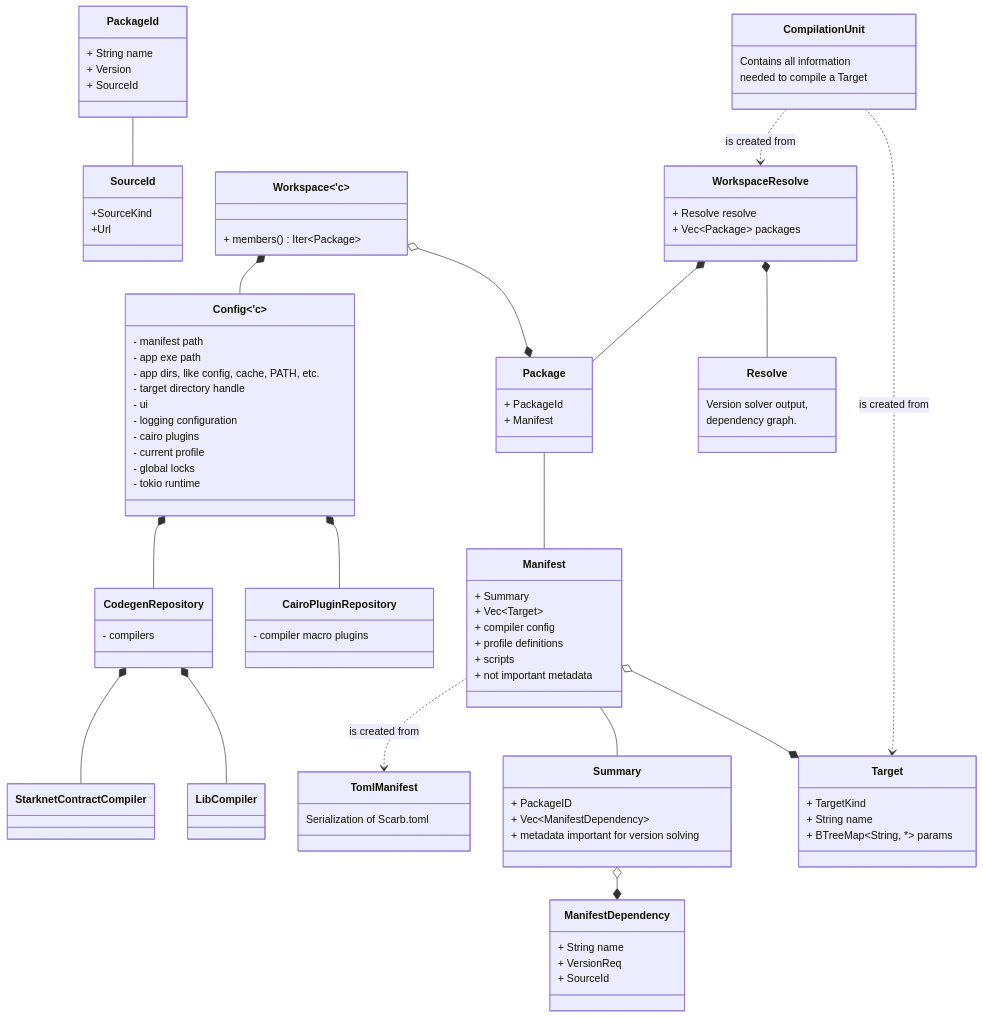
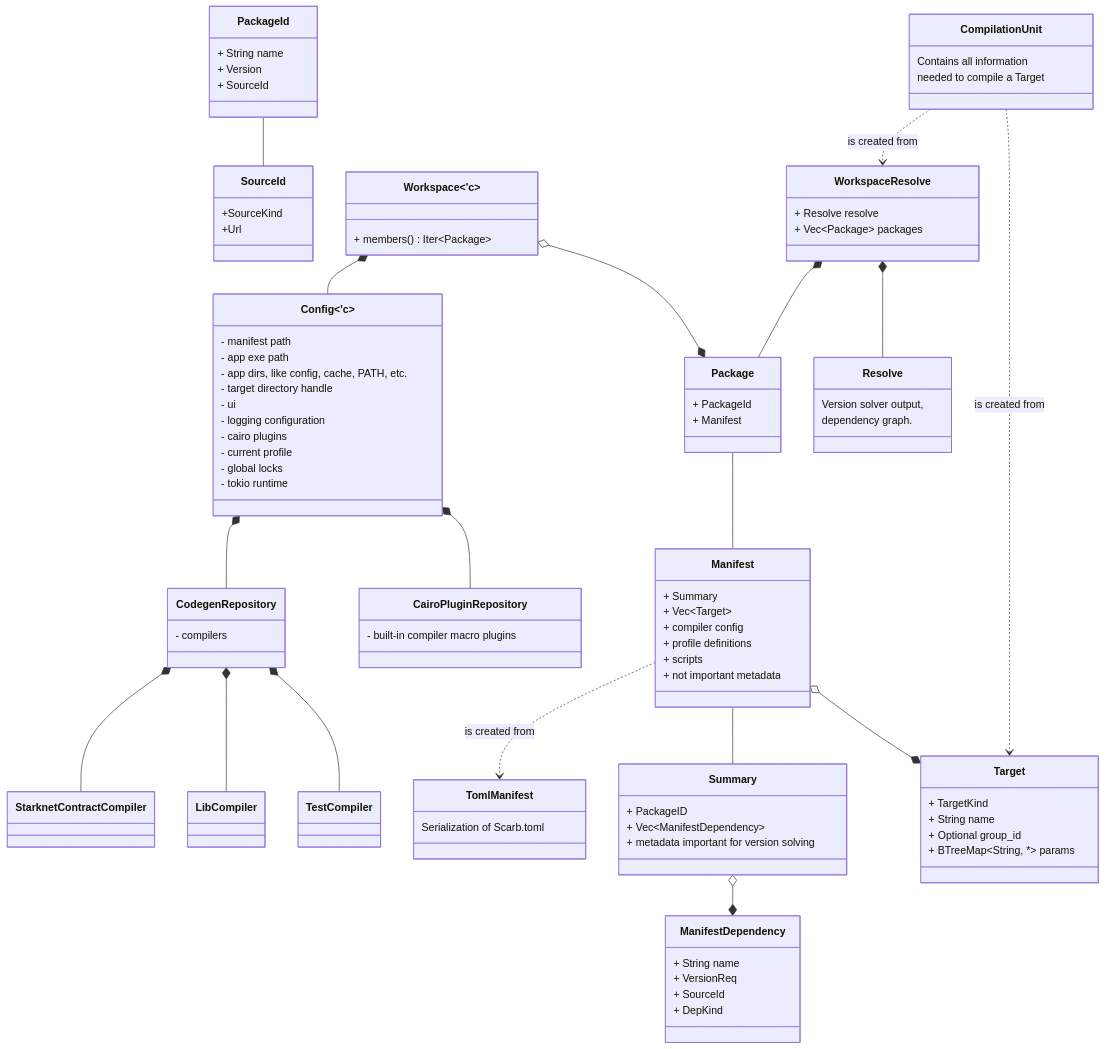
The second of 3 diagrams in ARCHITECTURE.md (software-mansion/scarb), drawn with Mermaid before and after one commit. The commit also changed other lines of this file, not shown here.

First line of the commit message:
Quick update of ARCHITECTURE.md

````diff
--- a/ARCHITECTURE.md
+++ b/ARCHITECTURE.md
@@ -74,11 +80,13 @@
         - compilers
     }
     class CairoPluginRepository {
-        - compiler macro plugins
+        - built-in compiler macro plugins
     }
     class StarknetContractCompiler {
     }
     class LibCompiler {
+    }
+    class TestCompiler {
     }
     class Workspace~'c~ {
         + members() Iter~Package~
@@ -107,10 +115,12 @@
         + String name
         + VersionReq
         + SourceId
+        + DepKind
     }
     class Target {
         + TargetKind
         + String name
+        + Optional group_id
         + BTreeMap&lt;String, *> params
     }
     class CompilationUnit {
@@ -144,4 +154,5 @@
     CompilationUnit ..> Target : is created from
     CodegenRepository *-- StarknetContractCompiler 
     CodegenRepository *-- LibCompiler 
+    CodegenRepository *-- TestCompiler 
 ```
````
